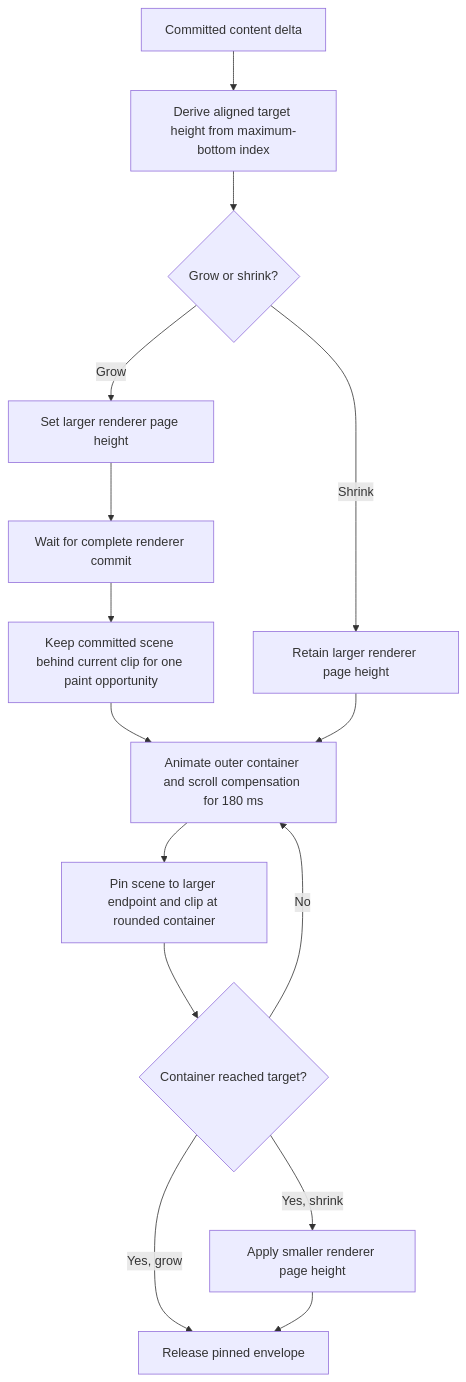
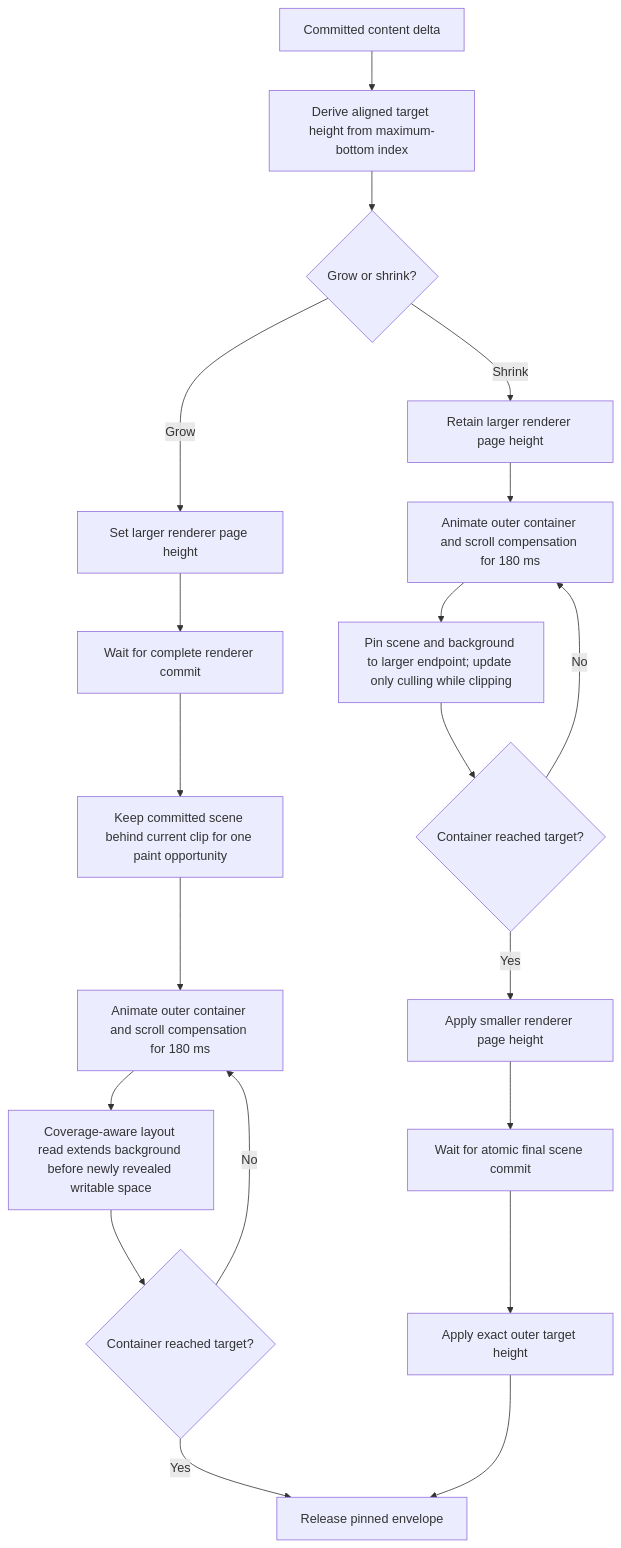
Before and after one commit to boommasterxd/inkbook: the sixth of 8 diagrams in docs/architecture-flows.md, drawn with Mermaid. The commit also changed other lines of this file and 12 other files, not shown here.

````diff
--- a/docs/architecture-flows.md
+++ b/docs/architecture-flows.md
@@ -264,17 +264,22 @@
 ```mermaid
 flowchart TD
   delta["Committed content delta"] --> extent["Derive aligned target height from maximum-bottom index"]
   extent --> direction{"Grow or shrink?"}
   direction -->|Grow| targetScene["Set larger renderer page height"]
   targetScene --> sceneCommit["Wait for complete renderer commit"]
   sceneCommit --> paint["Keep committed scene behind current clip for one paint opportunity"]
-  paint --> animate["Animate outer container and scroll compensation for 180 ms"]
+  paint --> grow["Animate outer container and scroll compensation for 180 ms"]
+  grow --> extend["Coverage-aware layout read extends background before newly revealed writable space"]
+  extend --> growComplete{"Container reached target?"}
+  growComplete -->|No| grow
+  growComplete -->|Yes| release["Release pinned envelope"]
   direction -->|Shrink| retain["Retain larger renderer page height"]
-  retain --> animate
-  animate --> clipped["Pin scene to larger endpoint and clip at rounded container"]
-  clipped --> complete{"Container reached target?"}
-  complete -->|No| animate
-  complete -->|Yes, grow| release["Release pinned envelope"]
-  complete -->|Yes, shrink| shrinkScene["Apply smaller renderer page height"]
-  shrinkScene --> release
+  retain --> shrink["Animate outer container and scroll compensation for 180 ms"]
+  shrink --> clipped["Pin scene and background to larger endpoint; update only culling while clipping"]
+  clipped --> shrinkComplete{"Container reached target?"}
+  shrinkComplete -->|No| shrink
+  shrinkComplete -->|Yes| shrinkScene["Apply smaller renderer page height"]
+  shrinkScene --> finalScene["Wait for atomic final scene commit"]
+  finalScene --> targetFrame["Apply exact outer target height"]
+  targetFrame --> release
 ```
````
